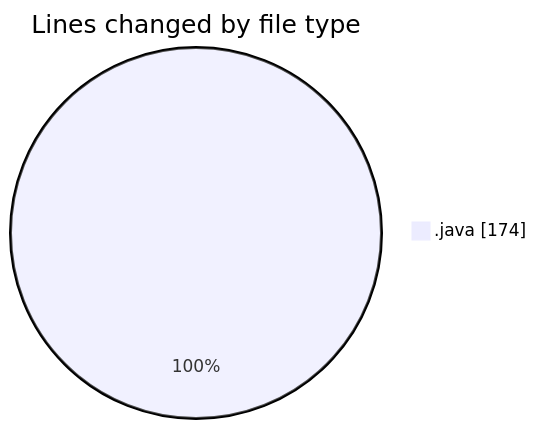
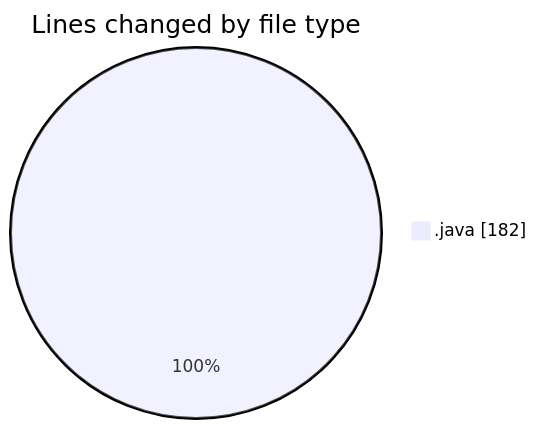
One commit to hasnaa123/code-tracking changed the first of 2 diagrams in 2025-12-28/java_basics/README.md. Above: the diagram before and after it, drawn with Mermaid. The commit also changed other lines of this file and 1 other file, not shown here.

````diff
--- a/2025-12-28/java_basics/README.md
+++ b/2025-12-28/java_basics/README.md
@@ -20,5 +20,5 @@
 ```mermaid
 pie showData
 title Lines changed by file type
-".java" : 174
+".java" : 182
 ```
````
